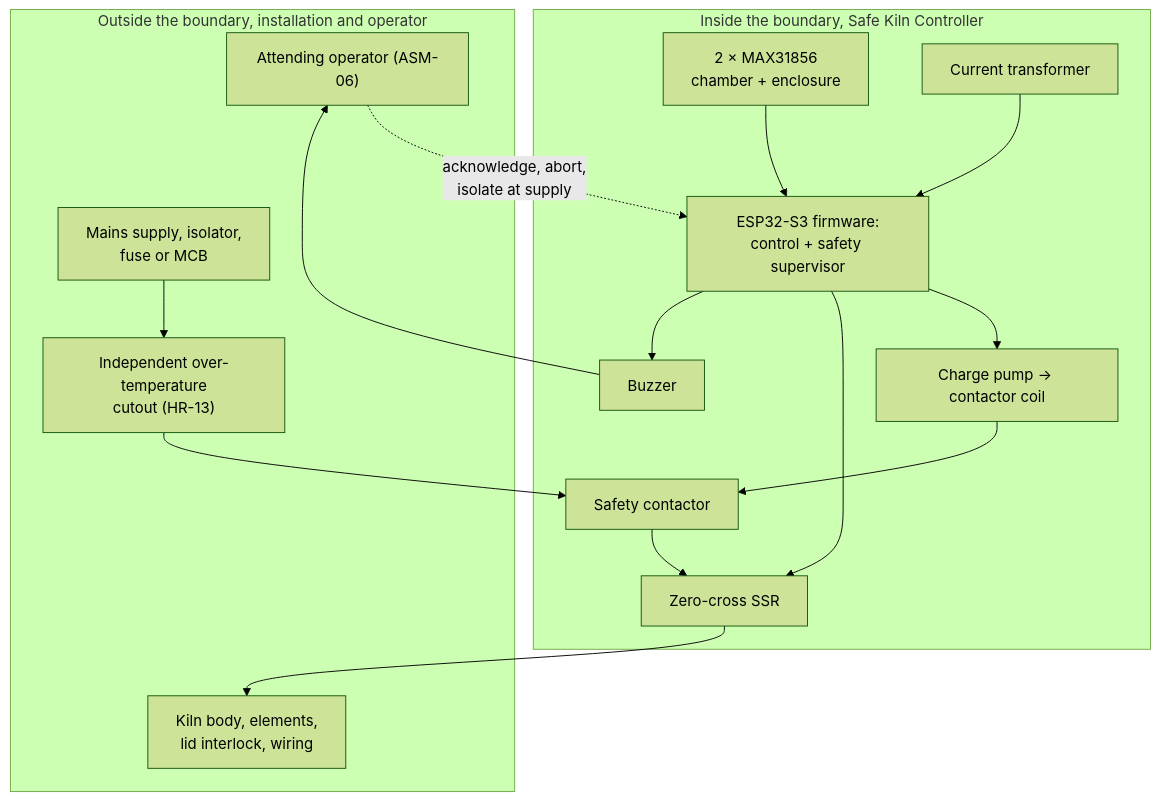
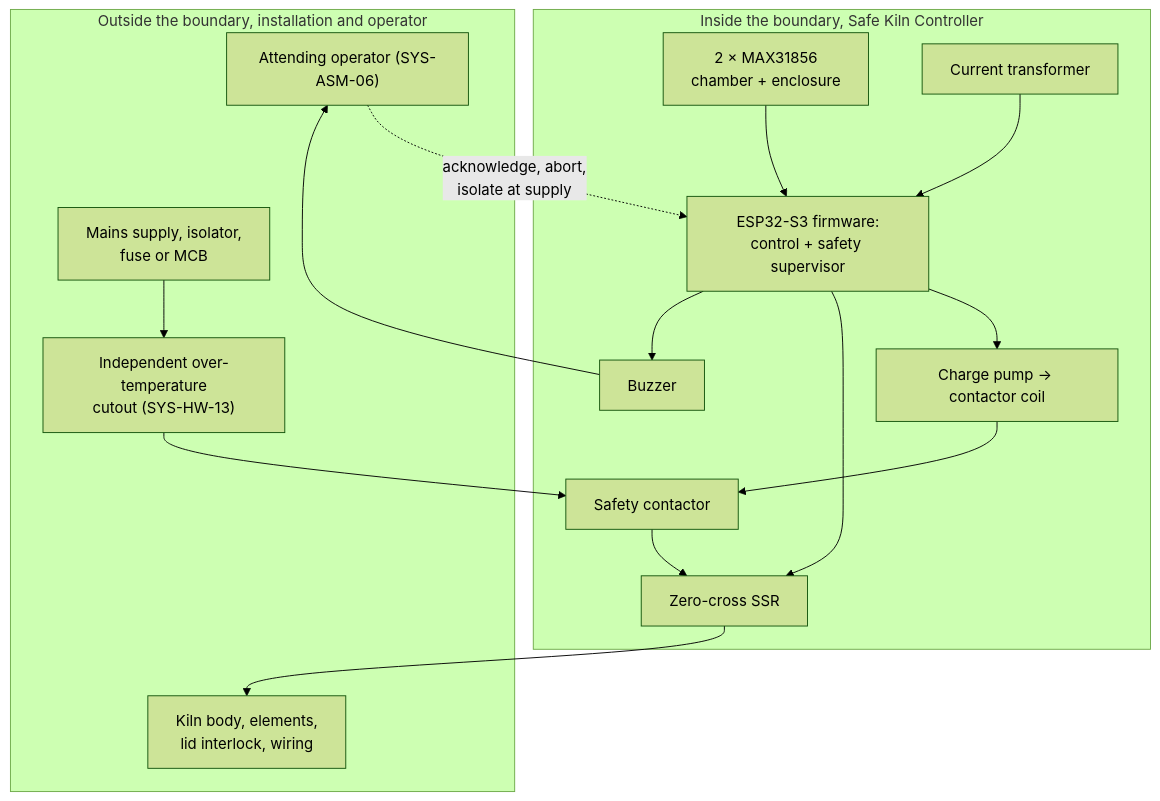
The first of 2 diagrams in docs/safety.md (bitcrushtesting/SafeKilnController), drawn with Mermaid (forest theme) before and after one commit. The commit also changed other lines of this file and 166 other files, not shown here.

````diff
--- a/docs/safety.md
+++ b/docs/safety.md
@@ -75,25 +75,25 @@
 ```mermaid
 flowchart TB
     subgraph OUT["Outside the boundary, installation and operator"]
         SUP["Mains supply, isolator,<br/>fuse or MCB"]
-        CUT["Independent over-temperature<br/>cutout (HR-13)"]
-        OP["Attending operator (ASM-06)"]
+        CUT["Independent over-temperature<br/>cutout (SYS-HW-13)"]
+        OP["Attending operator (SYS-ASM-06)"]
         KILN["Kiln body, elements,<br/>lid interlock, wiring"]
     end
     subgraph IN["Inside the boundary, Safe Kiln Controller"]
         MCU["ESP32-S3 firmware:<br/>control + safety supervisor"]
         CP["Charge pump → contactor coil"]
         CON["Safety contactor"]
         SSR["Zero-cross SSR"]
         TC["2 × MAX31856<br/>chamber + enclosure"]
         CT["Current transformer"]
         BUZ["Buzzer"]
     end
     SUP --> CUT --> CON --> SSR --> KILN
     MCU --> CP --> CON
     MCU --> SSR
     TC --> MCU
     CT --> MCU
     MCU --> BUZ --> OP
     OP -.->|"acknowledge, abort,<br/>isolate at supply"| MCU
 ```
````
